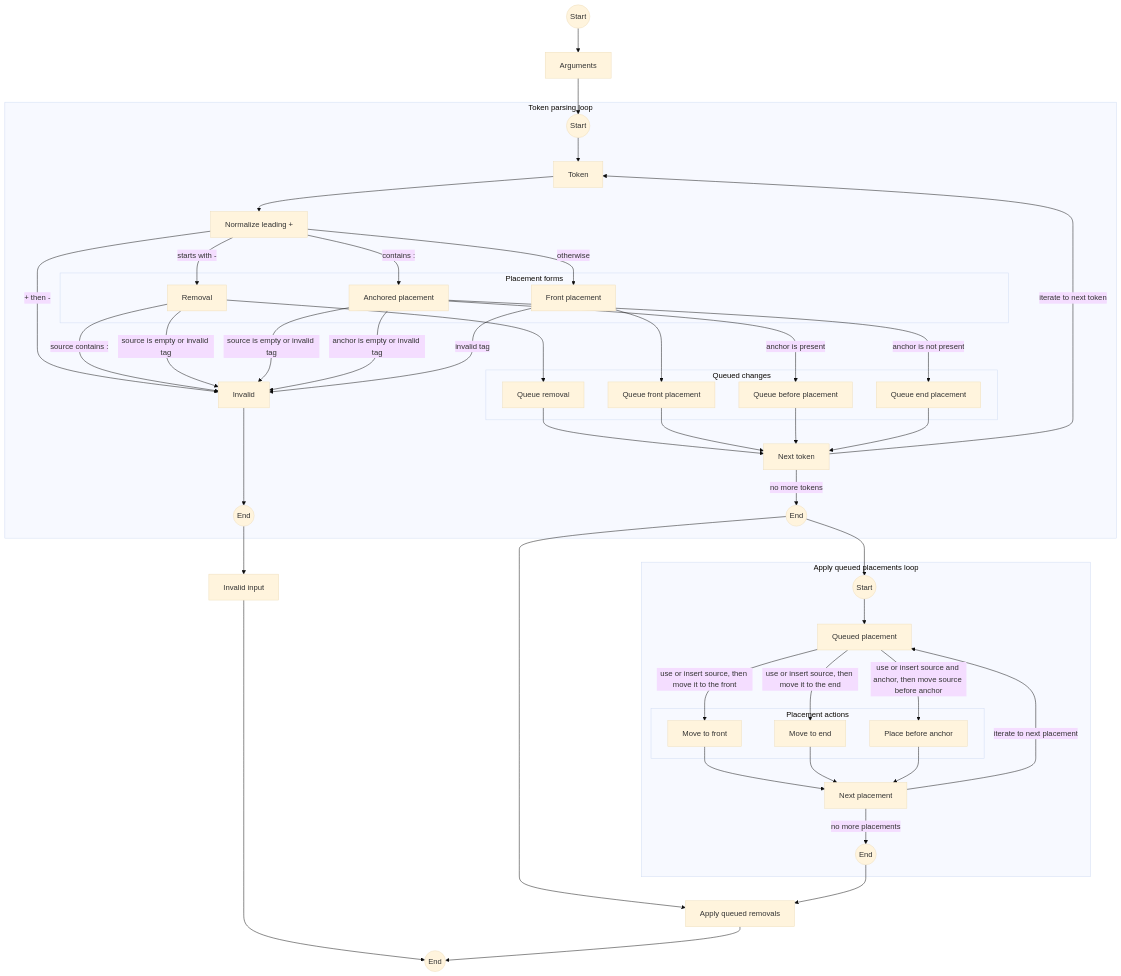
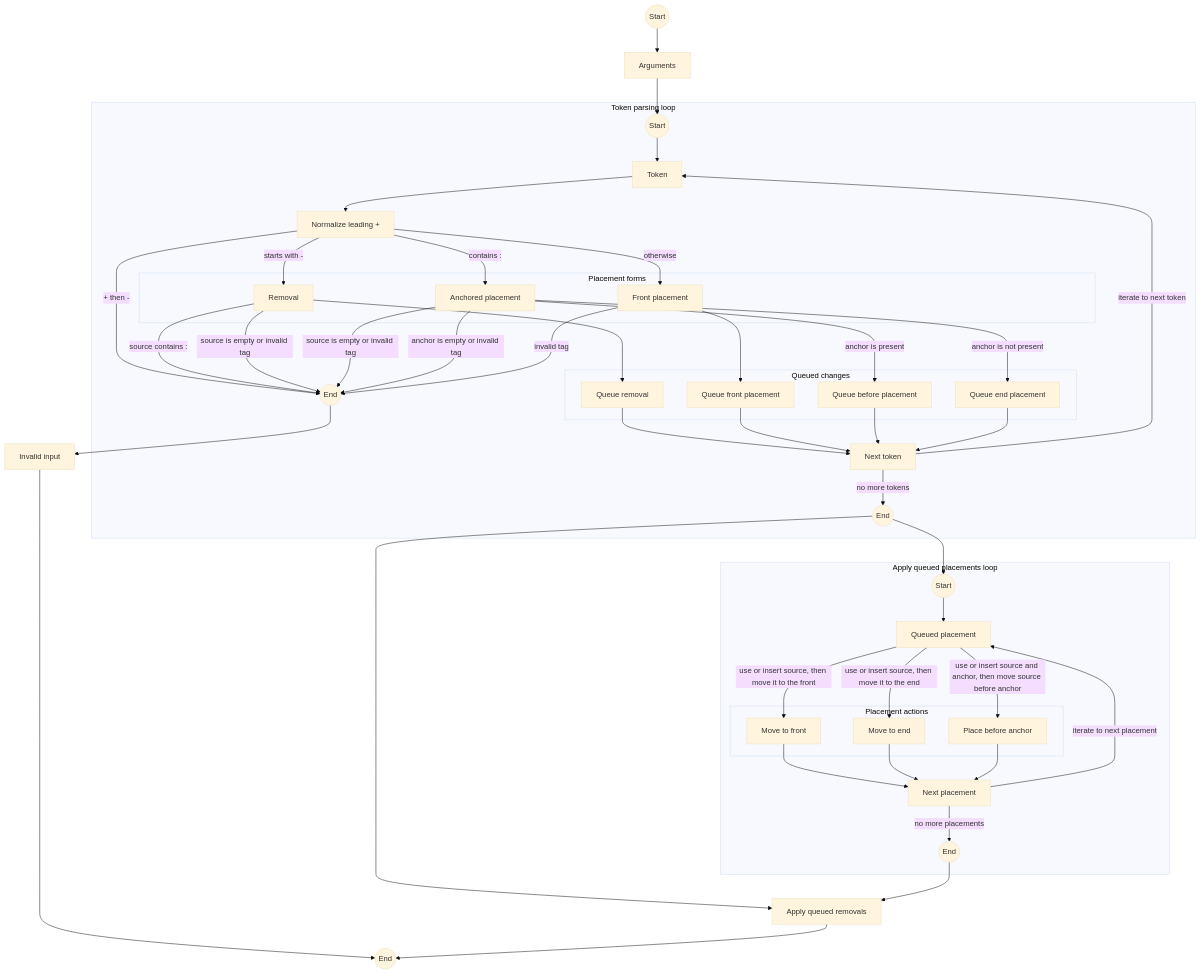
The diagram in docs/macos-language-manager.md (Glutexo/macos-language-manager), drawn with Mermaid (base theme) before and after one commit.

Commit message:
Remove redundant invalid node from diagram

````diff
--- a/docs/macos-language-manager.md
+++ b/docs/macos-language-manager.md
@@ -228,78 +228,77 @@
 ```mermaid
 flowchart TD
     Start((Start)) --> Arguments[Arguments]
     Arguments --> TokenLoopStart
 
     subgraph TokenParsing["Token parsing loop"]
         TokenLoopStart((Start)) --> Token[Token]
         Token[Token] --> LeadingPlus[Normalize leading +]
 
         subgraph PlacementForms["Placement forms"]
             Removal[Removal]
             AnchoredPlacement[Anchored placement]
             FrontPlacement[Front placement]
         end
 
         subgraph QueuedChanges["Queued changes"]
             QueueRemoval[Queue removal]
             QueueFront[Queue front placement]
             QueueBefore[Queue before placement]
             QueueEnd[Queue end placement]
         end
 
-        LeadingPlus -- + then - --> Invalid[Invalid]
+        LeadingPlus -- + then - --> TokenLoopInvalidEnd((End))
         LeadingPlus -- starts with - --> Removal
         LeadingPlus -- contains : --> AnchoredPlacement
         LeadingPlus -- otherwise --> FrontPlacement
 
-        Removal -- source contains : --> Invalid
-        Removal -- source is empty or invalid tag --> Invalid
+        Removal -- source contains : --> TokenLoopInvalidEnd
+        Removal -- source is empty or invalid tag --> TokenLoopInvalidEnd
         Removal --> QueueRemoval
 
-        AnchoredPlacement -- source is empty or invalid tag --> Invalid
-        AnchoredPlacement -- anchor is empty or invalid tag --> Invalid
+        AnchoredPlacement -- source is empty or invalid tag --> TokenLoopInvalidEnd
+        AnchoredPlacement -- anchor is empty or invalid tag --> TokenLoopInvalidEnd
         AnchoredPlacement -- anchor is not present --> QueueEnd
         AnchoredPlacement -- anchor is present --> QueueBefore
 
-        FrontPlacement -- invalid tag --> Invalid
+        FrontPlacement -- invalid tag --> TokenLoopInvalidEnd
         FrontPlacement --> QueueFront
 
         QueueRemoval --> NextToken[Next token]
         QueueFront --> NextToken
         QueueBefore --> NextToken
         QueueEnd --> NextToken
 
         NextToken -- iterate to next token --> Token
-        Invalid --> TokenLoopInvalidEnd((End))
         NextToken -- no more tokens --> TokenLoopDoneEnd((End))
     end
 
     TokenLoopInvalidEnd --> InvalidInput[Invalid input]
     InvalidInput --> End((End))
 
     TokenLoopDoneEnd --> PlacementLoopStart
     TokenLoopDoneEnd --> ApplyRemovals[Apply queued removals]
 
     subgraph PlacementLoop["Apply queued placements loop"]
         PlacementLoopStart((Start)) --> Placement[Queued placement]
 
         subgraph PlacementActions["Placement actions"]
             MoveToFront[Move to front]
             MoveToEnd[Move to end]
             PlaceBeforeAnchor[Place before anchor]
         end
 
         Placement -- use or insert source, then move it to the front --> MoveToFront
         Placement -- use or insert source, then move it to the end --> MoveToEnd
         Placement -- use or insert source and anchor, then move source before anchor --> PlaceBeforeAnchor
 
         MoveToFront --> NextPlacement[Next placement]
         MoveToEnd --> NextPlacement
         PlaceBeforeAnchor --> NextPlacement
         NextPlacement -- iterate to next placement --> Placement
         NextPlacement -- no more placements --> PlacementLoopEnd((End))
     end
 
     PlacementLoopEnd --> ApplyRemovals
     ApplyRemovals --> End
 ```
````
